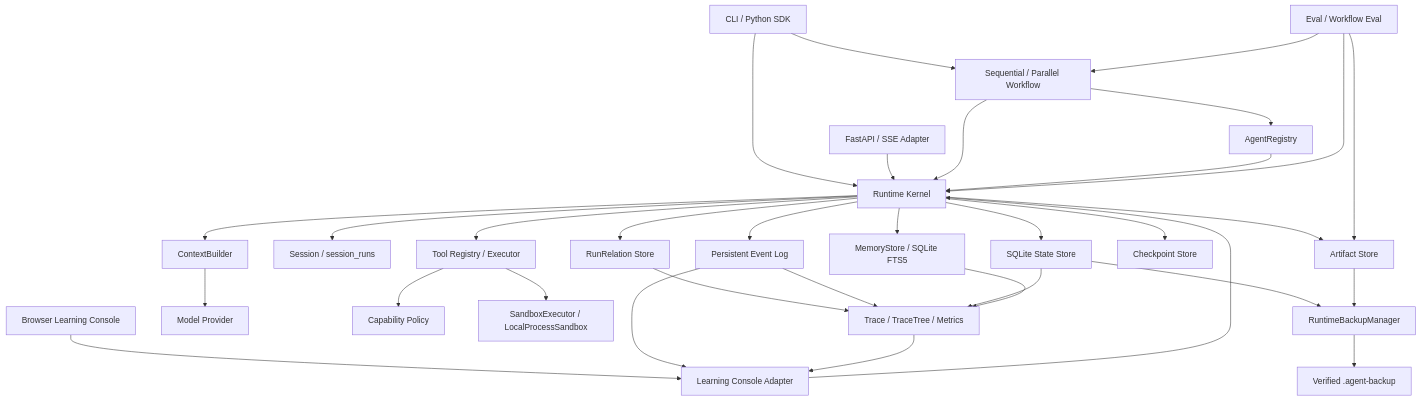
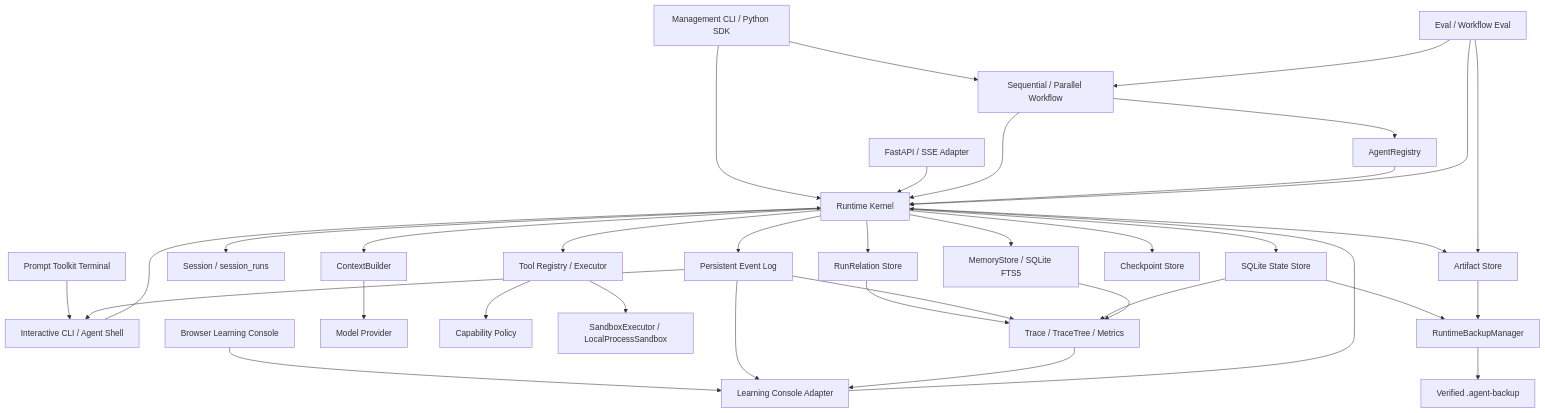
The first of 16 diagrams in docs/ARCHITECTURE.md (fantoagi/agent-runtime), drawn with Mermaid before and after one commit. The commit also changed other lines of this file and 55 other files, not shown here.

First line of the commit message:
release: add interactive coding runtime through v0.8.8

````diff
--- a/docs/ARCHITECTURE.md
+++ b/docs/ARCHITECTURE.md
@@ -15,59 +15,64 @@
 ```mermaid
 flowchart TD
-    CLI["CLI / Python SDK"]
+    CLI["Management CLI / Python SDK"]
+    Terminal["Prompt Toolkit Terminal"]
+    Chat["Interactive CLI / Agent Shell"]
     API["FastAPI / SSE Adapter"]
     Lab["Browser Learning Console"]
     LabAdapter["Learning Console Adapter"]
     Workflows["Sequential / Parallel Workflow"]
     Registry["AgentRegistry"]
     Runtime["Runtime Kernel"]
     Context["ContextBuilder"]
     Sessions["Session / session_runs"]
     Memory["MemoryStore / SQLite FTS5"]
     Model["Model Provider"]
     Tools["Tool Registry / Executor"]
     Policy["Capability Policy"]
     Sandbox["SandboxExecutor / LocalProcessSandbox"]
     State["SQLite State Store"]
     Relations["RunRelation Store"]
     Events["Persistent Event Log"]
     Checkpoints["Checkpoint Store"]
     Artifacts["Artifact Store"]
     Observe["Trace / TraceTree / Metrics"]
     Evals["Eval / Workflow Eval"]
     Backup["RuntimeBackupManager"]
     Archive["Verified .agent-backup"]
 
     CLI --> Runtime
     CLI --> Workflows
+    Terminal --> Chat
+    Chat --> Runtime
     API --> Runtime
     Lab --> LabAdapter
     LabAdapter --> Runtime
     Workflows --> Runtime
     Workflows --> Registry
     Registry --> Runtime
     Runtime --> Context
     Context --> Model
     Runtime --> Sessions
     Runtime --> Memory
     Runtime --> Tools
     Tools --> Policy
     Tools --> Sandbox
     Runtime --> State
     Runtime --> Relations
     Runtime --> Events
     Runtime --> Checkpoints
     Runtime --> Artifacts
     Relations --> Observe
     Events --> Observe
+    Events --> Chat
     State --> Observe
     Memory --> Observe
     Events --> LabAdapter
     Observe --> LabAdapter
     Evals --> Runtime
     Evals --> Workflows
     Evals --> Artifacts
     State --> Backup
     Artifacts --> Backup
     Backup --> Archive
 ```
````
